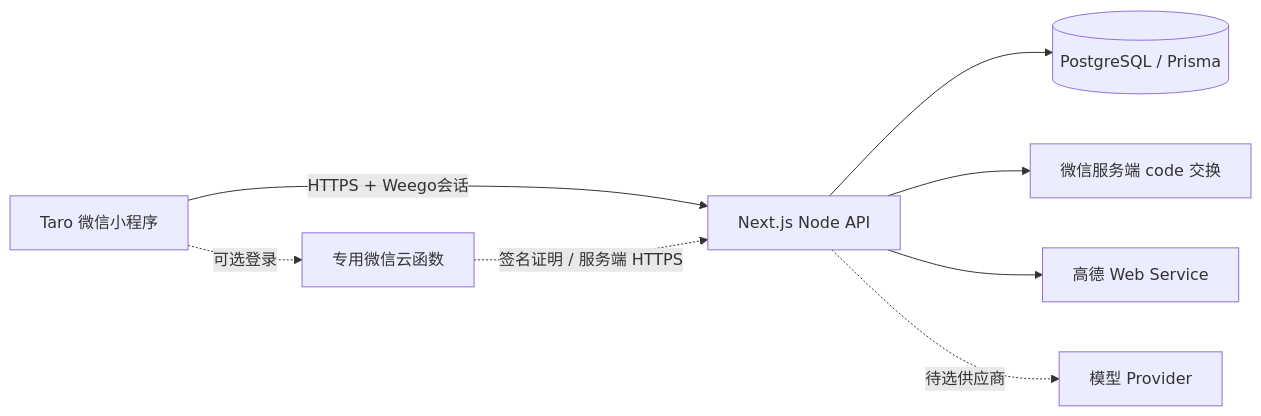
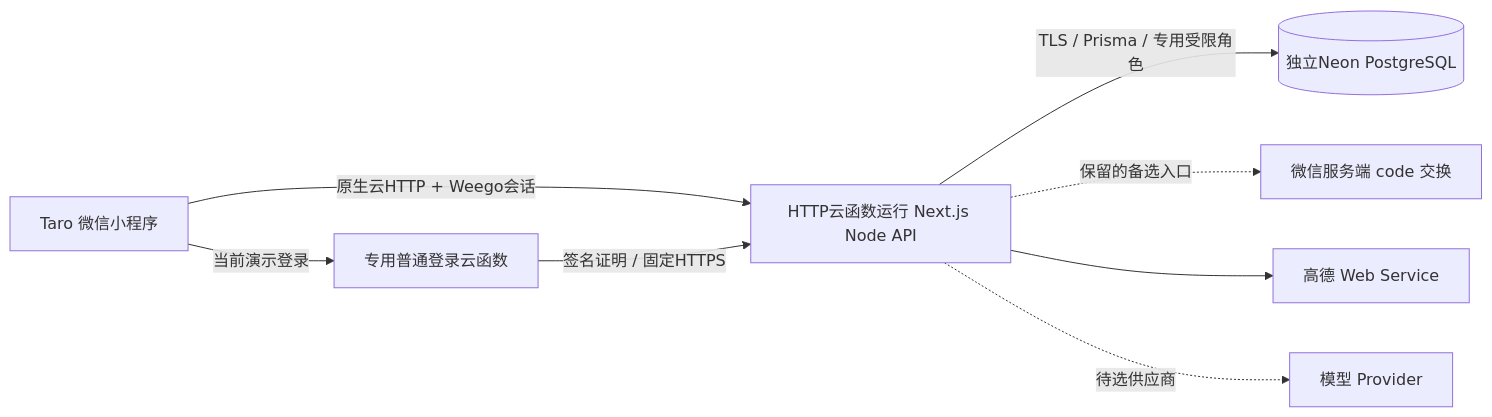
The diagram in docs/team/architecture.md (xuannian-123/WeeVibe), drawn with Mermaid before and after one commit. The commit also changed other lines of this file and 9 other files, not shown here.

Commit message:
fix: support WeChat schema validation and document demo deployment

````diff
--- a/docs/team/architecture.md
+++ b/docs/team/architecture.md
@@ -5,10 +5,10 @@
 ```mermaid
 flowchart LR
-  M[Taro 微信小程序] -->|HTTPS + Weego会话| A[Next.js Node API]
-  A --> P[(PostgreSQL / Prisma)]
-  A --> W[微信服务端 code 交换]
-  M -.可选登录.-> C[专用微信云函数]
-  C -.签名证明 / 服务端 HTTPS.-> A
+  M[Taro 微信小程序] -->|原生云HTTP + Weego会话| A[HTTP云函数运行 Next.js Node API]
+  A -->|TLS / Prisma / 专用受限角色| P[(独立Neon PostgreSQL)]
+  A -.保留的备选入口.-> W[微信服务端 code 交换]
+  M -->|当前演示登录| C[专用普通登录云函数]
+  C -->|签名证明 / 固定HTTPS| A
   A --> G[高德 Web Service]
   A -.待选供应商.-> L[模型 Provider]
 ```
````
